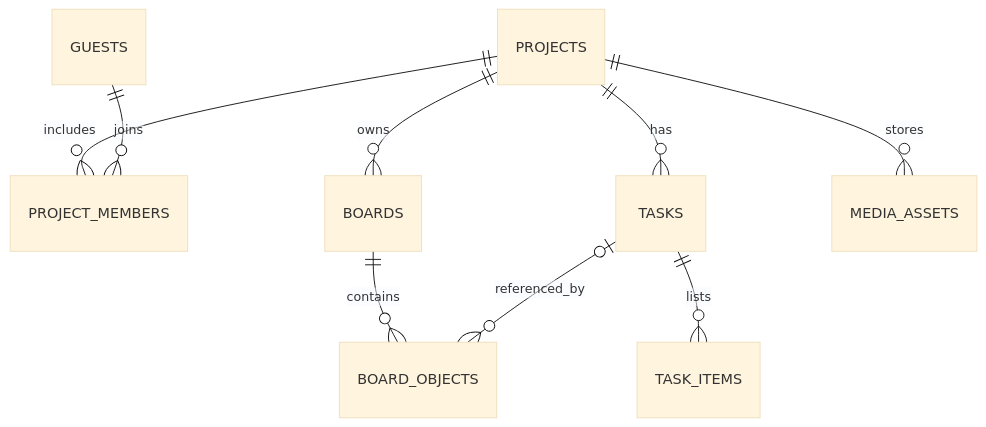
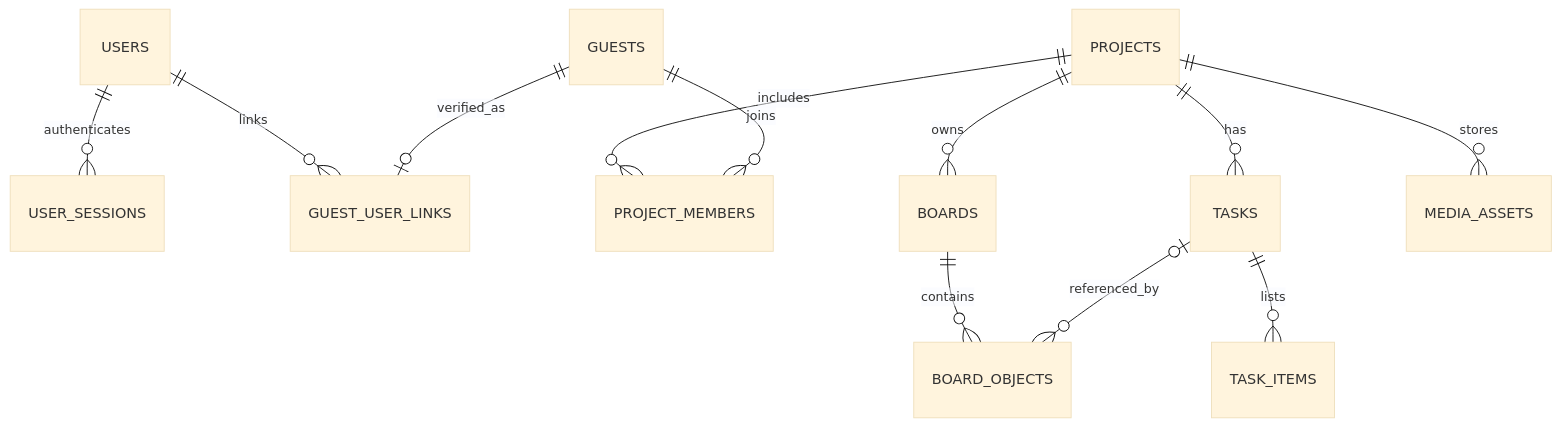
One commit to siwoo440/TaskCanvas changed the diagram in docs/06-data-model.md. Above: the diagram before and after it, drawn with Mermaid (base theme). The commit also changed other lines of this file and 13 other files, not shown here.

````diff
--- a/docs/06-data-model.md
+++ b/docs/06-data-model.md
@@ -27,11 +30,14 @@
 ```mermaid
 erDiagram
+    USERS ||--o{ USER_SESSIONS : authenticates
+    USERS ||--o{ GUEST_USER_LINKS : links
+    GUESTS ||--o| GUEST_USER_LINKS : verified_as
     PROJECTS ||--o{ PROJECT_MEMBERS : includes
     GUESTS ||--o{ PROJECT_MEMBERS : joins
     PROJECTS ||--o{ BOARDS : owns
     BOARDS ||--o{ BOARD_OBJECTS : contains
     PROJECTS ||--o{ TASKS : has
     TASKS ||--o{ TASK_ITEMS : lists
     TASKS o|--o{ BOARD_OBJECTS : referenced_by
     PROJECTS ||--o{ MEDIA_ASSETS : stores
 ```
````
